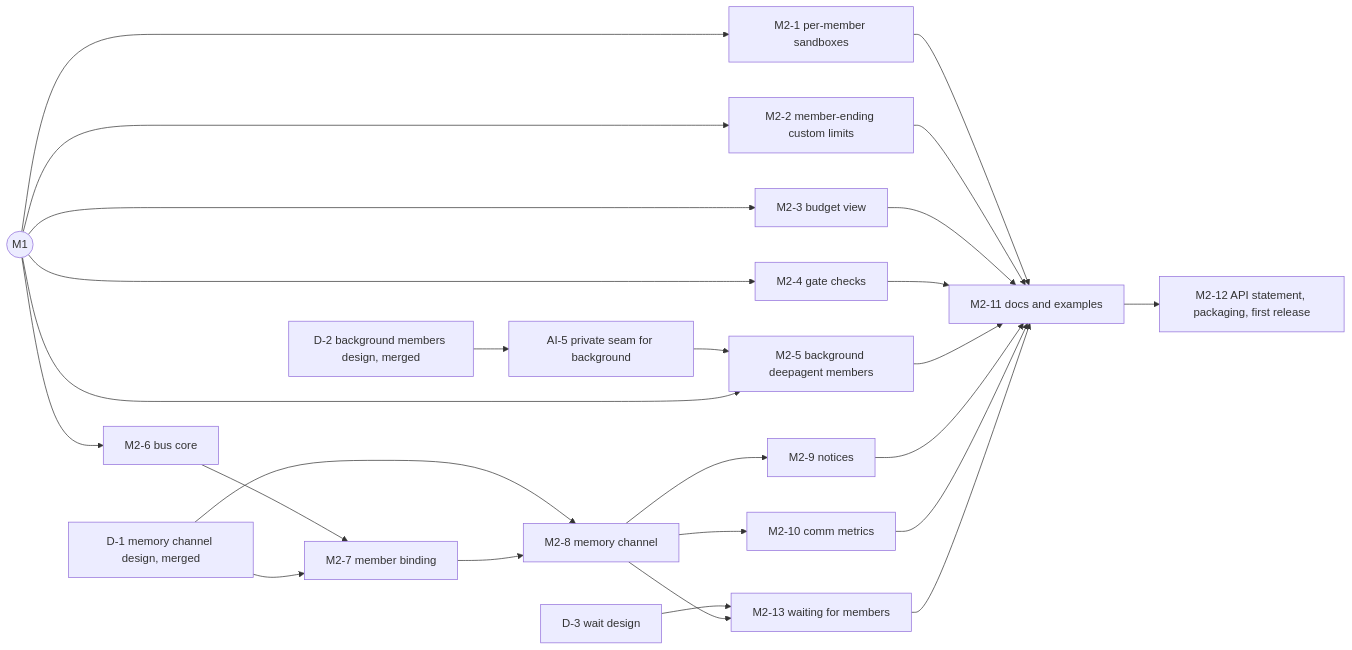
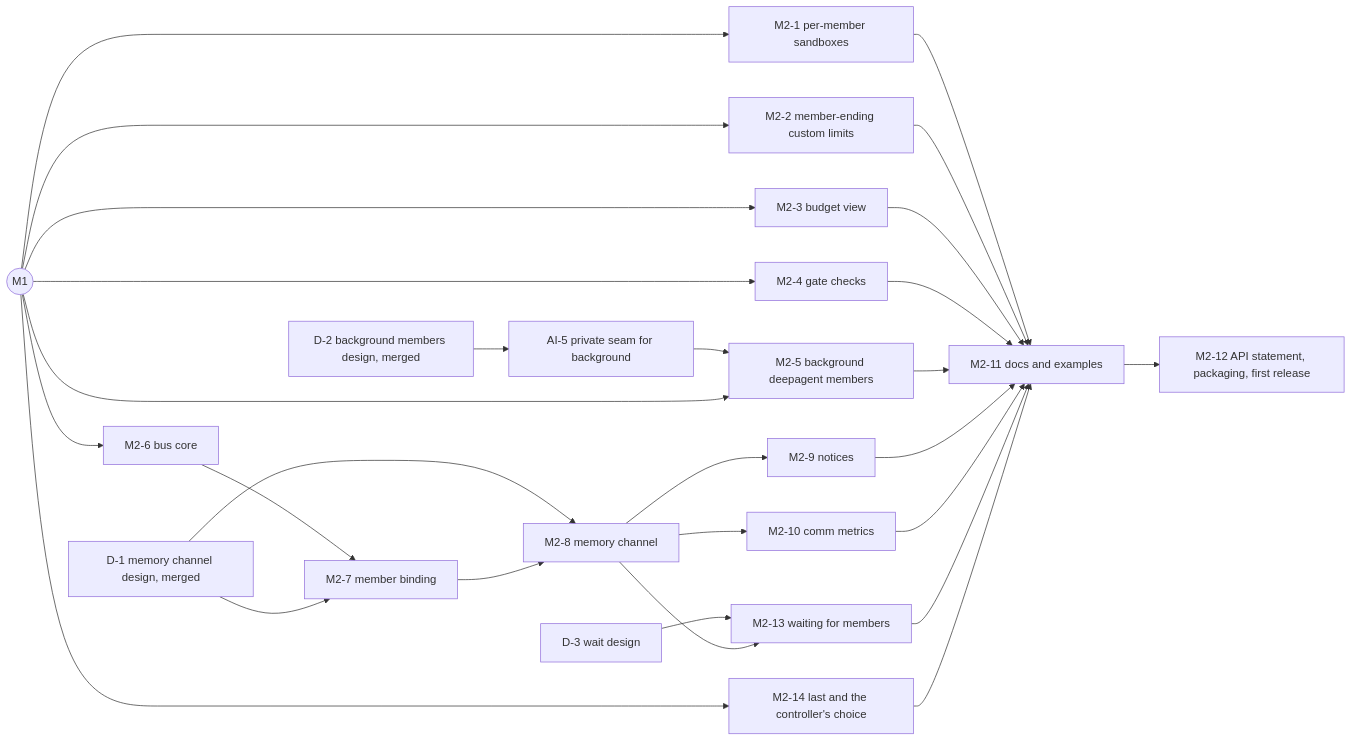
The second of 2 diagrams in design/swarm-implementation-plan.md (joesposito8/inspect_swarm), drawn with Mermaid before and after one commit. The commit also changed other lines of this file and 18 other files, not shown here.

````diff
--- a/design/swarm-implementation-plan.md
+++ b/design/swarm-implementation-plan.md
@@ -290,21 +290,22 @@
 ```mermaid
 flowchart LR
   M1((M1)) --> M2_1[M2-1 per-member sandboxes]
   M1 --> M2_2[M2-2 member-ending custom limits]
   M1 --> M2_3[M2-3 budget view]
   M1 --> M2_4[M2-4 gate checks]
   D2[D-2 background members design, merged] --> AI5[AI-5 private seam for background]
   AI5 --> M2_5[M2-5 background deepagent members]
   M1 --> M2_5
   M1 --> M2_6[M2-6 bus core]
   M2_6 --> M2_7[M2-7 member binding]
   D1[D-1 memory channel design, merged] --> M2_7
   D1 --> M2_8
   M2_7 --> M2_8[M2-8 memory channel]
   M2_8 --> M2_9[M2-9 notices]
   M2_8 --> M2_10[M2-10 comm metrics]
   D3[D-3 wait design] --> M2_13
   M2_8 --> M2_13[M2-13 waiting for members]
-  M2_1 & M2_2 & M2_3 & M2_4 & M2_5 & M2_9 & M2_10 & M2_13 --> M2_11[M2-11 docs and examples]
+  M1 --> M2_14[M2-14 last and the controller's choice]
+  M2_1 & M2_2 & M2_3 & M2_4 & M2_5 & M2_9 & M2_10 & M2_13 & M2_14 --> M2_11[M2-11 docs and examples]
   M2_11 --> M2_12[M2-12 API statement, packaging, first release]
 ```
````
